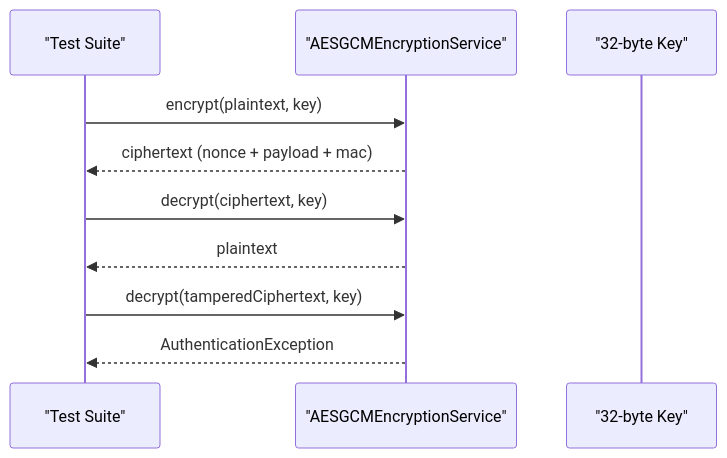
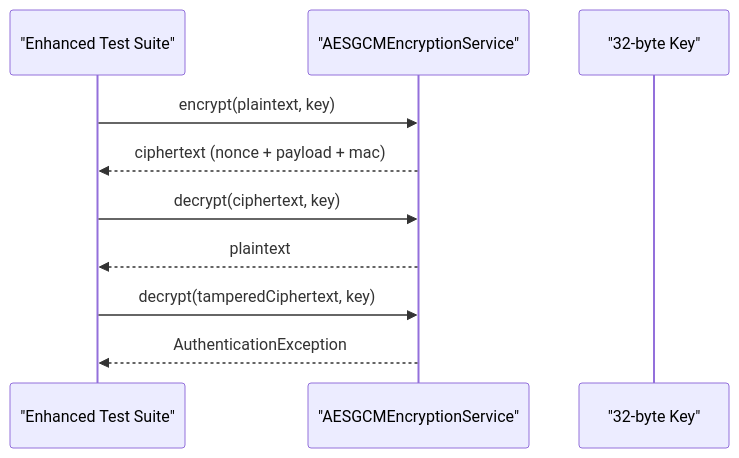
Before and after one commit to JAaron93/StyleSync: the fifth of 13 diagrams in .qoder/repowiki/en/content/Testing Strategy.md, drawn with Mermaid. The commit also changed other lines of this file and 36 other files, not shown here.

````diff
--- a/.qoder/repowiki/en/content/Testing Strategy.md
+++ b/.qoder/repowiki/en/content/Testing Strategy.md
@@ -257,12 +300,12 @@
 ```mermaid
 sequenceDiagram
-participant T as "Test Suite"
+participant T as "Enhanced Test Suite"
 participant ENC as "AESGCMEncryptionService"
 participant KEY as "32-byte Key"
 T->>ENC : encrypt(plaintext, key)
 ENC-->>T : ciphertext (nonce + payload + mac)
 T->>ENC : decrypt(ciphertext, key)
 ENC-->>T : plaintext
 T->>ENC : decrypt(tamperedCiphertext, key)
 ENC-->>T : AuthenticationException
 ```
````
